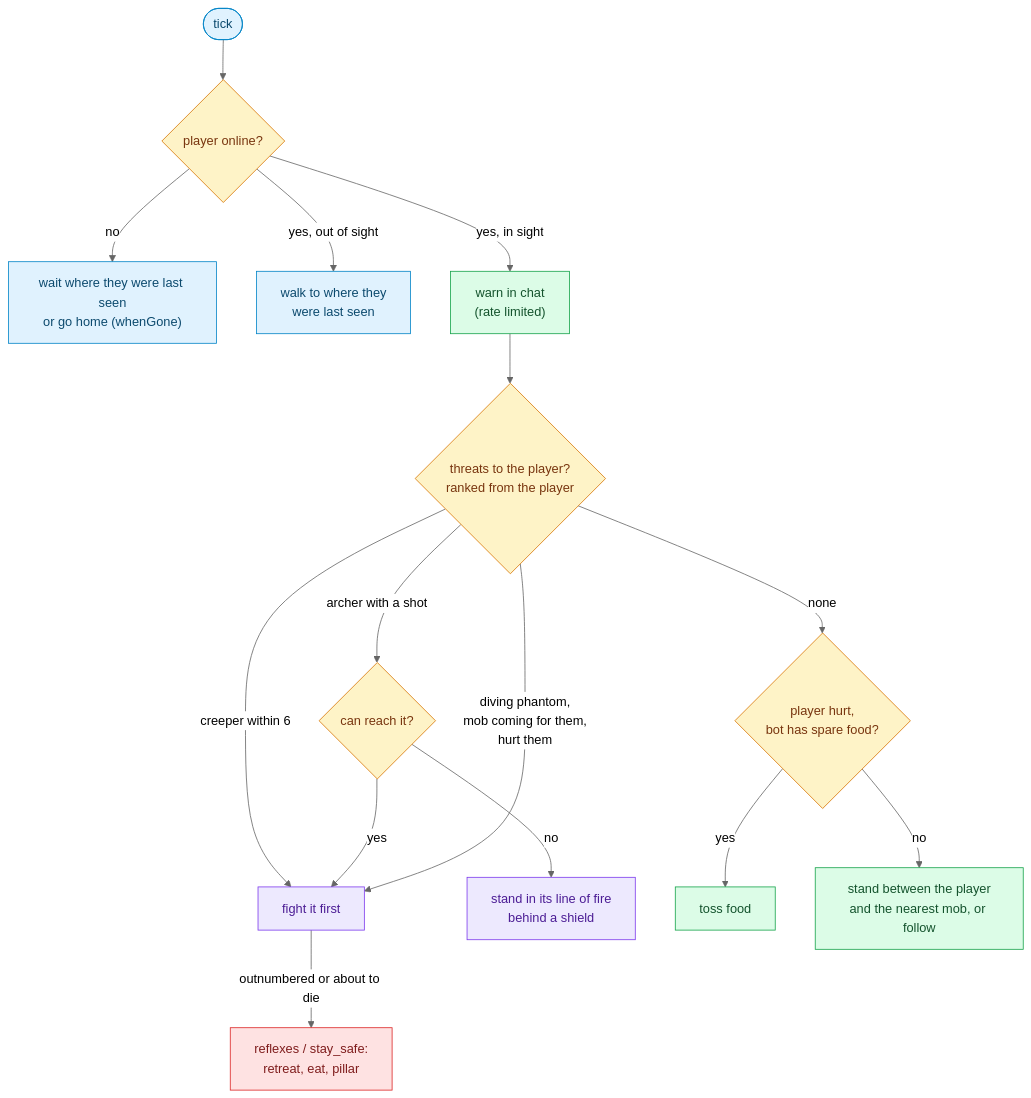
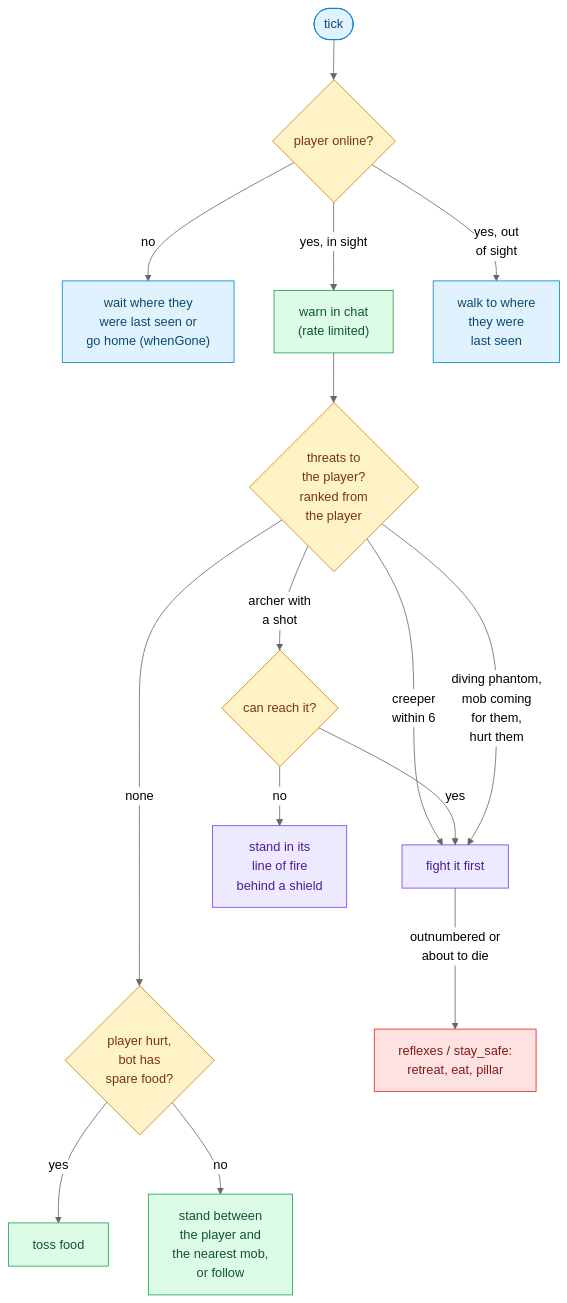
The third of 4 diagrams in docs/guide/behaviors.md (thereisnotime/golemkit), drawn with Mermaid (neutral theme) before and after one commit. The commit also changed other lines of this file and 20 other files, not shown here.

First line of the commit message:
Docs: replace the last ASCII diagrams with mermaid, make wide charts top-down to fit the column

````diff
--- a/docs/guide/behaviors.md
+++ b/docs/guide/behaviors.md
@@ -224,27 +229,27 @@
 ```mermaid
 flowchart TB
   T(["tick"]) --> ON{"player online?"}
-  ON -- no --> G["wait where they were last seen<br/>or go home (whenGone)"]
-  ON -- "yes, out of sight" --> C["walk to where they<br/>were last seen"]
+  ON -- no --> G["wait where they<br/>were last seen or<br/>go home (whenGone)"]
   ON -- "yes, in sight" --> W["warn in chat<br/>(rate limited)"]
-  W --> R{"threats to the player?<br/>ranked from the player"}
-  R -- "creeper within 6" --> F["fight it first"]
-  R -- "archer with a shot" --> A{"can reach it?"}
+  ON -- "yes, out<br/>of sight" --> C["walk to where<br/>they were<br/>last seen"]
+  W --> R{"threats to<br/>the player?<br/>ranked from<br/>the player"}
+  R -- "creeper<br/>within 6" --> F["fight it first"]
+  R -- "archer with<br/>a shot" --> A{"can reach it?"}
   A -- yes --> F
-  A -- no --> B["stand in its line of fire<br/>behind a shield"]
-  R -- "diving phantom,<br/>mob coming for them,<br/>hurt them" --> F
-  R -- none --> Q{"player hurt,<br/>bot has spare food?"}
+  A -- no --> B["stand in its<br/>line of fire<br/>behind a shield"]
+  R -- "diving phantom,<br/>mob coming<br/>for them,<br/>hurt them" --> F
+  R -- none ----> Q{"player hurt,<br/>bot has<br/>spare food?"}
   Q -- yes --> FD["toss food"]
-  Q -- no --> P["stand between the player<br/>and the nearest mob, or follow"]
-  F -- "outnumbered or about to die" --> E["reflexes / stay_safe:<br/>retreat, eat, pillar"]
+  Q -- no --> P["stand between<br/>the player and<br/>the nearest mob,<br/>or follow"]
+  F -- "outnumbered or<br/>about to die" --> E["reflexes / stay_safe:<br/>retreat, eat, pillar"]
   classDef a fill:#e0f2fe,stroke:#0284c7,color:#0c4a6e
   classDef d fill:#fef3c7,stroke:#d97706,color:#78350f
   classDef g fill:#dcfce7,stroke:#16a34a,color:#14532d
   classDef r fill:#fee2e2,stroke:#dc2626,color:#7f1d1d
   classDef v fill:#ede9fe,stroke:#7c3aed,color:#4c1d95
   class T,G,C a
   class ON,R,A,Q d
   class W,P,FD g
   class F,B v
   class E r
 ```
````
